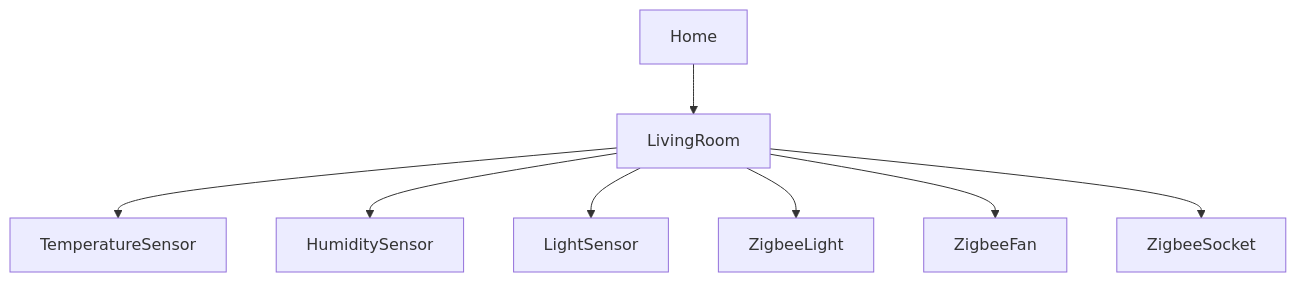
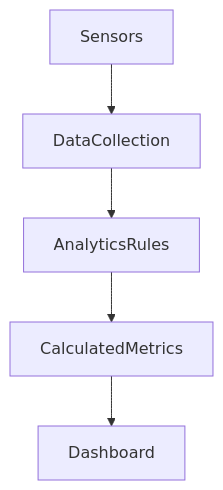
Before and after one commit to kto-to20/practica14-2: the second of 2 diagrams in README.md, drawn with Mermaid. The commit also changed other lines of this file and 32 other files, not shown here.

````diff
--- a/README.md
+++ b/README.md
@@ -141,13 +117,8 @@
 ```mermaid
 graph TD
 
-Home --> LivingRoom
-
-LivingRoom --> TemperatureSensor
-LivingRoom --> HumiditySensor
-LivingRoom --> LightSensor
-
-LivingRoom --> ZigbeeLight
-LivingRoom --> ZigbeeFan
-LivingRoom --> ZigbeeSocket
+Sensors --> DataCollection
+DataCollection --> AnalyticsRules
+AnalyticsRules --> CalculatedMetrics
+CalculatedMetrics --> Dashboard
 ```
````
